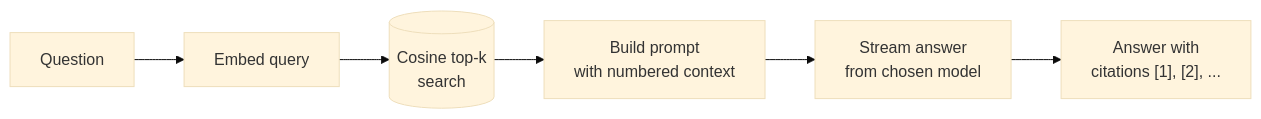
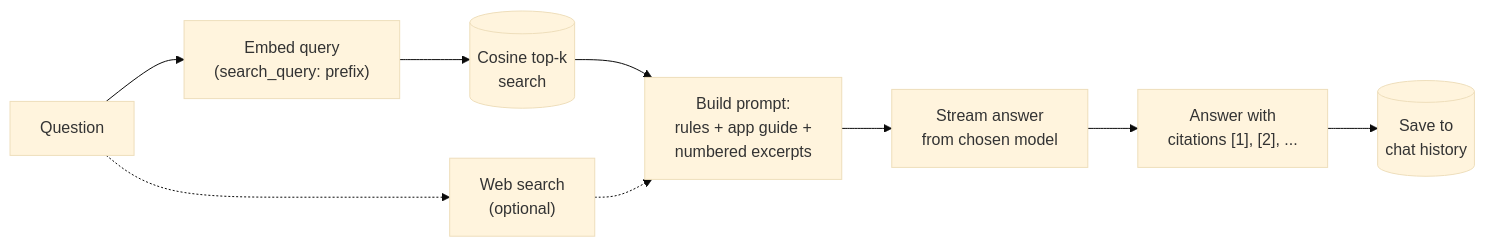
The fifth of 6 diagrams in README.md (JakubRzadzki/Local-RAG-System), drawn with Mermaid (base theme) before and after one commit. The commit also changed other lines of this file, not shown here.

Commit message:
docs: rewrite README with stack, diagrams, Docker setup, web search, hardware and results

````diff
--- a/README.md
+++ b/README.md
@@ -76,8 +208,12 @@
 ```mermaid
 flowchart LR
-    Q[Question] --> E["Embed query"]
+    Q[Question] --> E["Embed query<br/>(search_query: prefix)"]
     E --> S[("Cosine top-k<br/>search")]
-    S --> P["Build prompt<br/>with numbered context"]
+    W["Web search<br/>(optional)"]
+    Q -.-> W
+    S --> P["Build prompt:<br/>rules + app guide +<br/>numbered excerpts"]
+    W -.-> P
     P --> L["Stream answer<br/>from chosen model"]
     L --> A["Answer with<br/>citations [1], [2], ..."]
+    A --> H[("Save to<br/>chat history")]
 ```
````
